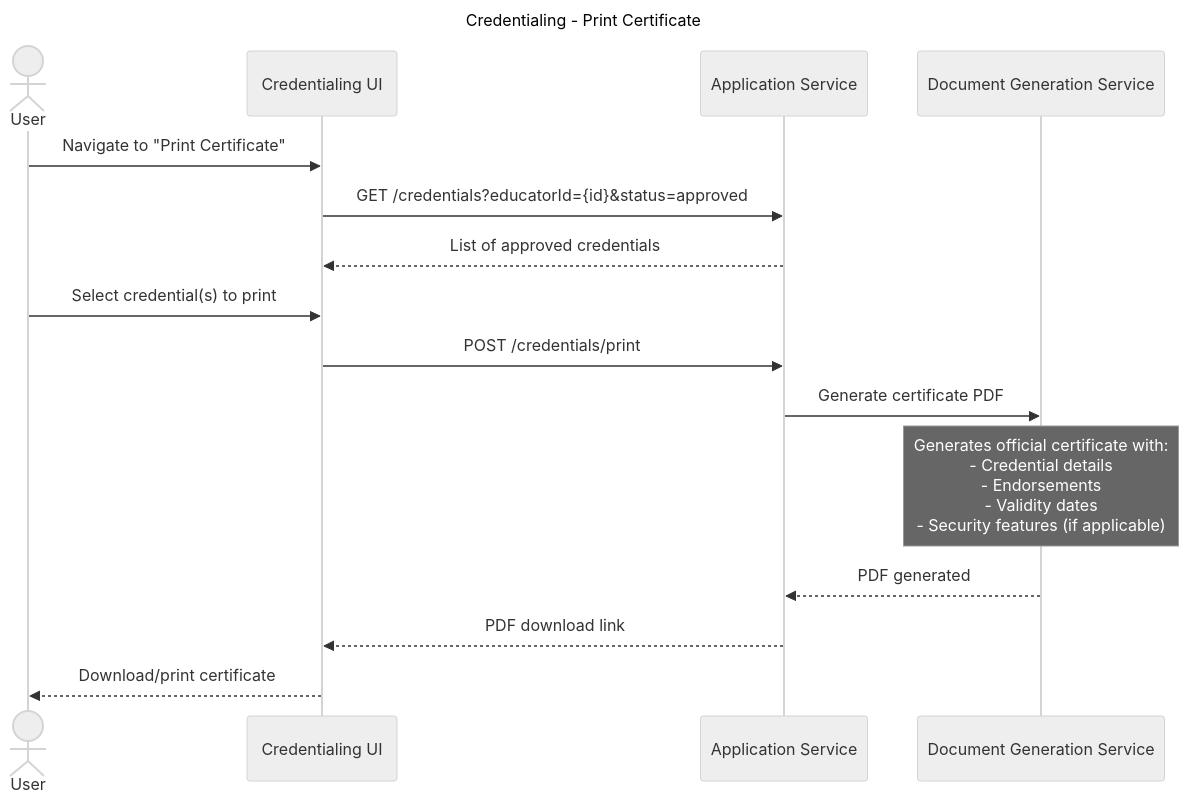
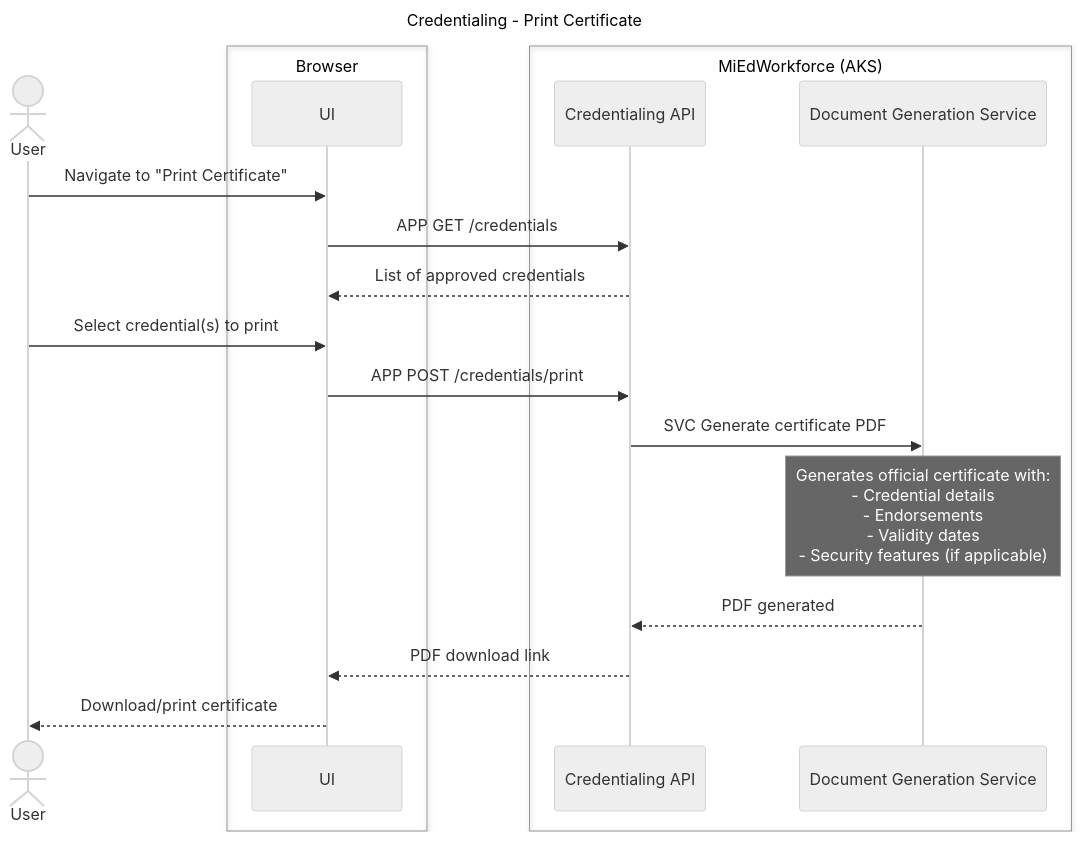
One commit to mnichols-dl/mied-design changed diagram 16 of 23 in working-docs/solution-areas/credentialing/credentialing-sequences.md. Above: the diagram before and after it, drawn with Mermaid (neutral theme). The commit also changed other lines of this file and 34 other files, not shown here.

Commit message:
Update sequences and perform RTM assessment

````diff
--- a/working-docs/solution-areas/credentialing/credentialing-sequences.md
+++ b/working-docs/solution-areas/credentialing/credentialing-sequences.md
@@ -860,24 +1001,28 @@
 ```mermaid
 ---
 title: Credentialing - Print Certificate
 ---
 sequenceDiagram
     actor User
-    participant UI as Credentialing UI
-    participant AppService as Application Service
-    participant PrintService as Document Generation Service
-    
+    box Browser
+        participant UI
+    end
+    box MiEdWorkforce (AKS)
+        participant CredApi as Credentialing API
+        participant PdfGen as Document Generation Service
+    end
+
     User->>UI: Navigate to "Print Certificate"
-    UI->>AppService: GET /credentials?educatorId={id}&status=approved
-    AppService-->>UI: List of approved credentials
-    
+    UI->>CredApi: APP GET /credentials
+    CredApi-->>UI: List of approved credentials
+
     User->>UI: Select credential(s) to print
-    UI->>AppService: POST /credentials/print
-    AppService->>PrintService: Generate certificate PDF
-    
-    Note over PrintService: Generates official certificate with:<br/>- Credential details<br/>- Endorsements<br/>- Validity dates<br/>- Security features (if applicable)
-    
-    PrintService-->>AppService: PDF generated
-    AppService-->>UI: PDF download link
+    UI->>CredApi: APP POST /credentials/print
+    CredApi->>PdfGen: SVC Generate certificate PDF
+
+    Note over PdfGen: Generates official certificate with:<br/>- Credential details<br/>- Endorsements<br/>- Validity dates<br/>- Security features (if applicable)
+
+    PdfGen-->>CredApi: PDF generated
+    CredApi-->>UI: PDF download link
     UI-->>User: Download/print certificate
 ```
````
